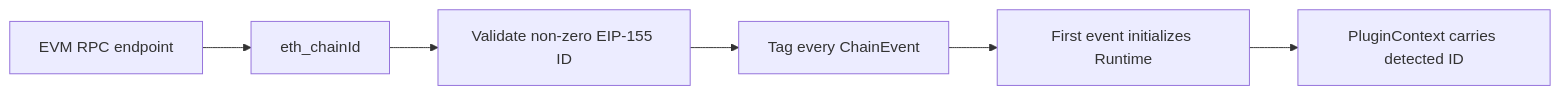
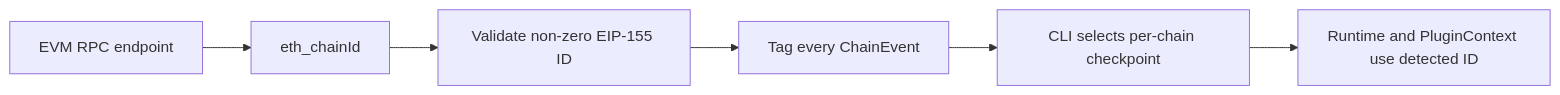
Before and after one commit to abhi3700/raven: the second of 2 diagrams in docs/guides/alloy-source.mdx, drawn with Mermaid. The commit also changed other lines of this file and 36 other files, not shown here.

First line of the commit message:
feat: add reliable event delivery and runtime docs

````diff
--- a/docs/guides/alloy-source.mdx
+++ b/docs/guides/alloy-source.mdx
@@ -54,8 +54,8 @@
 ```mermaid
 flowchart LR
     rpc[EVM RPC endpoint] --> chainId[eth_chainId]
     chainId --> validate[Validate non-zero EIP-155 ID]
     validate --> event[Tag every ChainEvent]
-    event --> first[First event initializes Runtime]
-    first --> context[PluginContext carries detected ID]
+    event --> inspect[CLI selects per-chain checkpoint]
+    inspect --> context[Runtime and PluginContext use detected ID]
 ```
````
